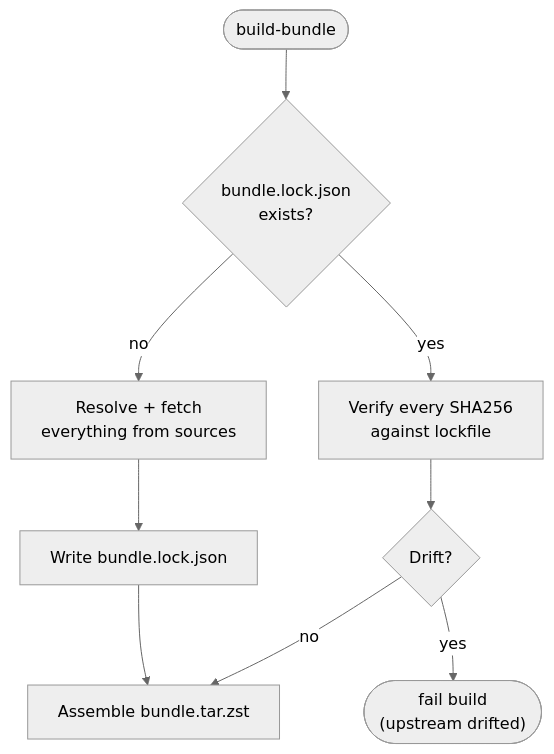
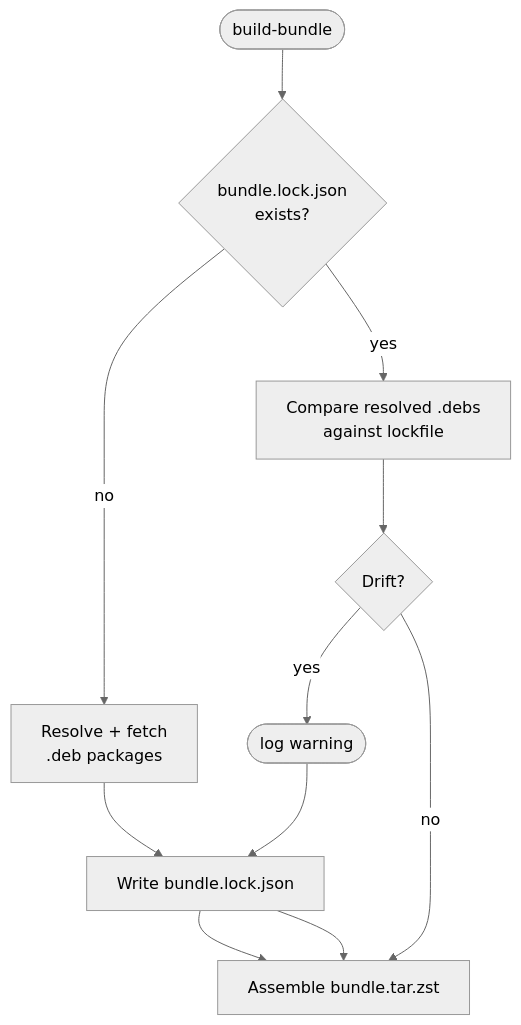
One commit to aether-gui/aether-ops-bootstrap changed the diagram in website/docs/build-guide/lockfile.md. Above: the diagram before and after it, drawn with Mermaid (neutral theme). The commit also changed other lines of this file and 19 other files, not shown here.

````diff
--- a/website/docs/build-guide/lockfile.md
+++ b/website/docs/build-guide/lockfile.md
@@ -49,17 +44,17 @@
 ```mermaid
 flowchart TD
     start([build-bundle])
     exists{"bundle.lock.json<br/>exists?"}
-    resolve["Resolve + fetch<br/>everything from sources"]
+    resolve["Resolve + fetch<br/>.deb packages"]
     write["Write bundle.lock.json"]
-    verify["Verify every SHA256<br/>against lockfile"]
+    verify["Compare resolved .debs<br/>against lockfile"]
     drift{"Drift?"}
-    fail(["fail build<br/>(upstream drifted)"])
+    warn(["log warning"])
     assemble["Assemble bundle.tar.zst"]
 
     start --> exists
     exists -->|no| resolve --> write --> assemble
     exists -->|yes| verify --> drift
-    drift -->|yes| fail
+    drift -->|yes| warn --> write --> assemble
     drift -->|no| assemble
 ```
````
